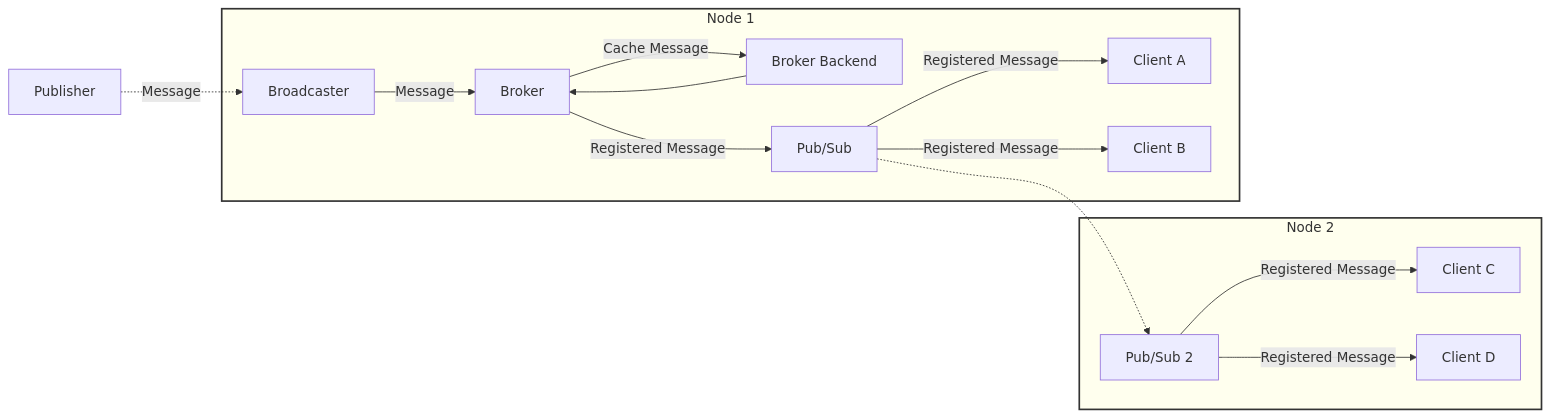
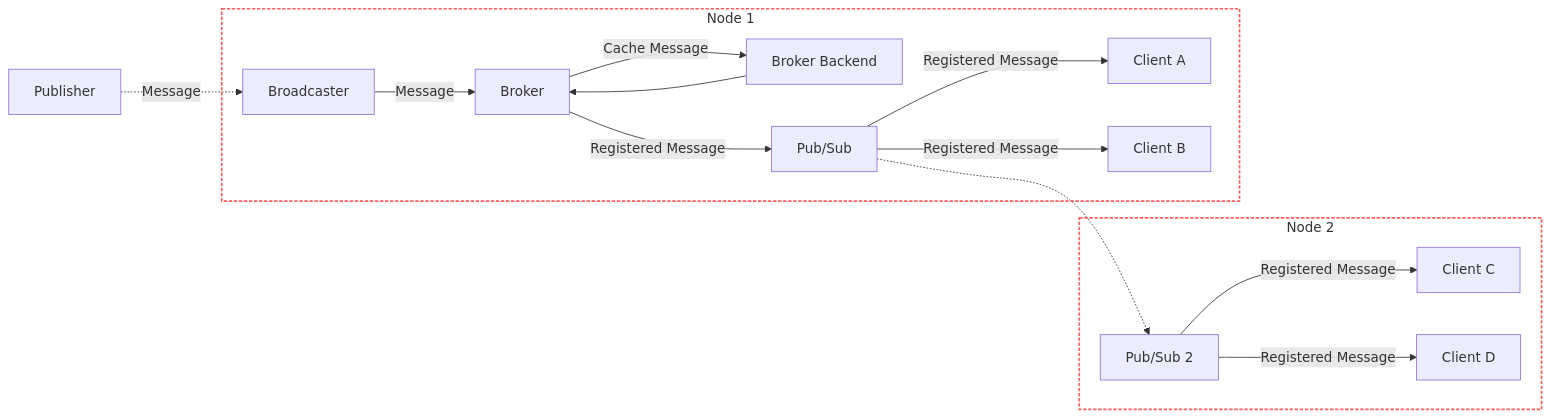
The second of 2 diagrams in docs/anycable-go/broker.md (anycable/docs.anycable.io), drawn with Mermaid before and after one commit. The commit also changed 4 other files, not shown here.

Commit message:
+ vitepress-plugin-mermaid

````diff
--- a/docs/anycable-go/broker.md
+++ b/docs/anycable-go/broker.md
@@ -64,36 +64,36 @@
 ```mermaid
 graph LR
   Publisher[Publisher]
 
   subgraph node2[Node 2]
    PubSub2[Pub/Sub 2]
    ClientC[Client C]
    ClientD[Client D]
   end
 
   subgraph node1[Node 1]
    Broadcaster[Broadcaster]
    Broker[Broker]
    BrokerBackend[Broker Backend]
    PubSub[Pub/Sub]
    ClientA[Client A]
    ClientB[Client B]
   end
 
-  class node1 lightbg
-  class node2 lightbg
-  classDef lightbg fill:#ffe,stroke:#333,stroke-width:2px
+  class node1 nodeCluster
+  class node2 nodeCluster
+  classDef nodeCluster fill:transparent,stroke:#ff5e5e,stroke-width:2px,stroke-dasharray:4 2
 
   Publisher -.->|Message| Broadcaster
   Broadcaster -->|Message| Broker
   Broker -->|Cache Message| BrokerBackend
   BrokerBackend --> Broker
   Broker -->|Registered Message| PubSub
   PubSub -->|Registered Message| ClientA
   PubSub -->|Registered Message| ClientB
 
   PubSub -.-> PubSub2
 
   PubSub2 -->|Registered Message| ClientC
   PubSub2 -->|Registered Message| ClientD
 ```
````
